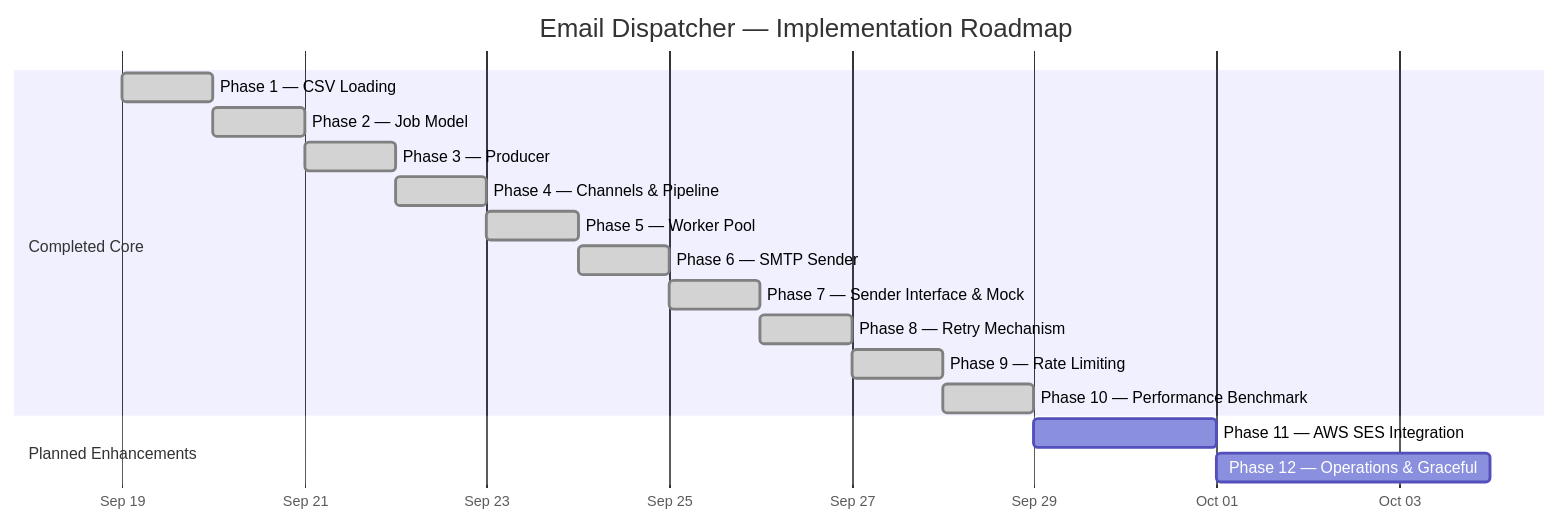
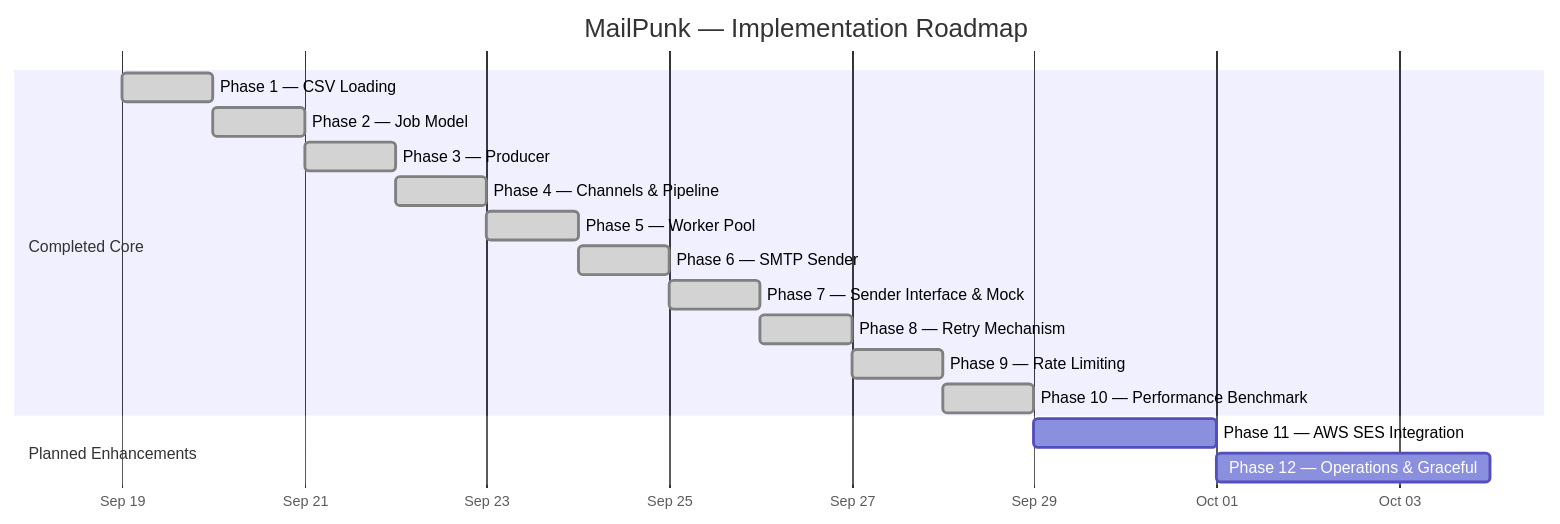
One commit to guptakartike/email-campaign-dispatcher changed the diagram in docs/ROADMAP.md. Above: the diagram before and after it, drawn with Mermaid. The commit also changed other lines of this file and 4 other files, not shown here.

Commit message:
refactor: rename project to MailPunk across benchmark, documentation, and readme

````diff
--- a/docs/ROADMAP.md
+++ b/docs/ROADMAP.md
@@ -161,22 +161,22 @@
 ```mermaid
 gantt
-    title Email Dispatcher — Implementation Roadmap
+    title MailPunk — Implementation Roadmap
     dateFormat YYYY-MM-DD
     axisFormat %b %d
 
     section Completed Core
     Phase 1 — CSV Loading             :done, p1, 2026-09-19, 1d
     Phase 2 — Job Model               :done, p2, after p1, 1d
     Phase 3 — Producer                :done, p3, after p2, 1d
     Phase 4 — Channels & Pipeline     :done, p4, after p3, 1d
     Phase 5 — Worker Pool             :done, p5, after p4, 1d
     Phase 6 — SMTP Sender             :done, p6, after p5, 1d
     Phase 7 — Sender Interface & Mock :done, p7, after p6, 1d
     Phase 8 — Retry Mechanism         :done, p8, after p7, 1d
     Phase 9 — Rate Limiting           :done, p9, after p8, 1d
     Phase 10 — Performance Benchmark  :done, p10, after p9, 1d
 
     section Planned Enhancements
     Phase 11 — AWS SES Integration    :p11, after p10, 2d
     Phase 12 — Operations & Graceful  :p12, after p11, 3d
 ```
````
